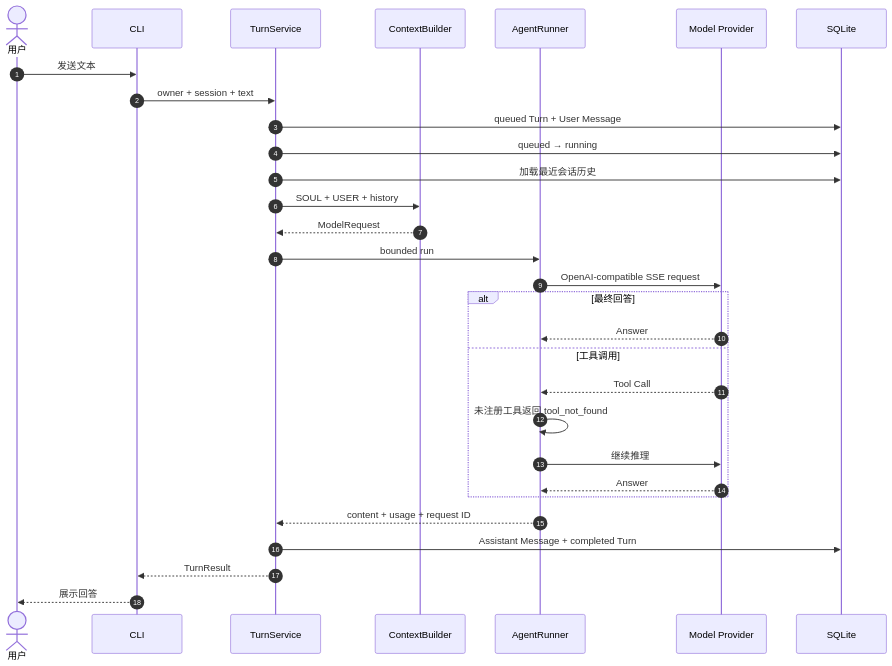
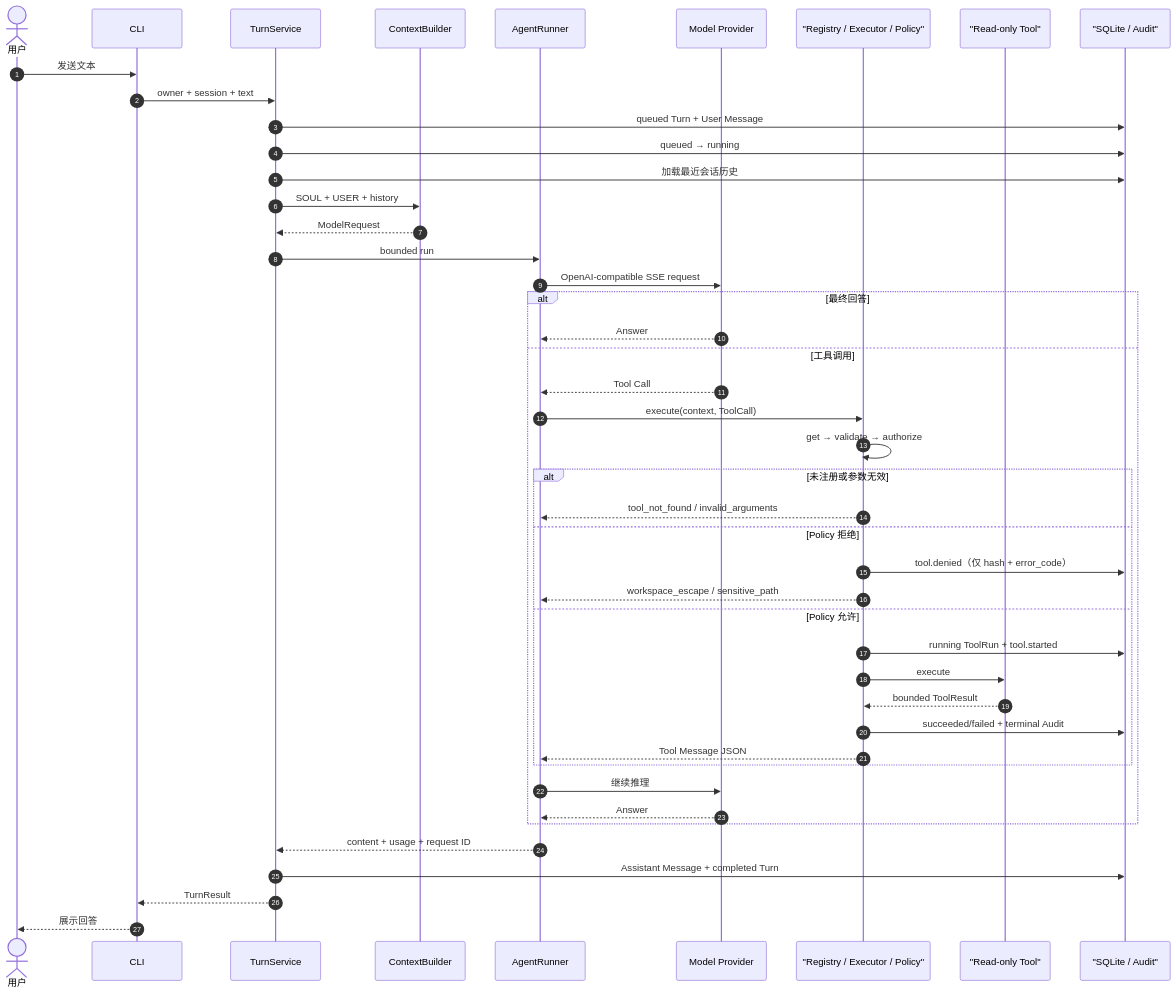
Before and after one commit to NEDONION/lobster0: the third of 4 diagrams in docs/architecture/20260807_系统架构.md, drawn with Mermaid. The commit also changed other lines of this file and 3 other files, not shown here.

Commit message:
docs: sync workspace read safety contracts

````diff
--- a/docs/architecture/20260807_系统架构.md
+++ b/docs/architecture/20260807_系统架构.md
@@ -85,33 +93,48 @@
 ```mermaid
 sequenceDiagram
     autonumber
     actor User as 用户
     participant Channel as CLI
     participant Turn as TurnService
     participant Context as ContextBuilder
     participant Agent as AgentRunner
     participant Model as Model Provider
-    participant Store as SQLite
+    participant Exec as "Registry / Executor / Policy"
+    participant Tool as "Read-only Tool"
+    participant Store as "SQLite / Audit"
 
     User->>Channel: 发送文本
     Channel->>Turn: owner + session + text
     Turn->>Store: queued Turn + User Message
     Turn->>Store: queued → running
     Turn->>Store: 加载最近会话历史
     Turn->>Context: SOUL + USER + history
     Context-->>Turn: ModelRequest
     Turn->>Agent: bounded run
     Agent->>Model: OpenAI-compatible SSE request
     alt 最终回答
         Model-->>Agent: Answer
     else 工具调用
         Model-->>Agent: Tool Call
-        Agent->>Agent: 未注册工具返回 tool_not_found
+        Agent->>Exec: execute(context, ToolCall)
+        Exec->>Exec: get → validate → authorize
+        alt 未注册或参数无效
+            Exec-->>Agent: tool_not_found / invalid_arguments
+        else Policy 拒绝
+            Exec->>Store: tool.denied（仅 hash + error_code）
+            Exec-->>Agent: workspace_escape / sensitive_path
+        else Policy 允许
+            Exec->>Store: running ToolRun + tool.started
+            Exec->>Tool: execute
+            Tool-->>Exec: bounded ToolResult
+            Exec->>Store: succeeded/failed + terminal Audit
+            Exec-->>Agent: Tool Message JSON
+        end
         Agent->>Model: 继续推理
         Model-->>Agent: Answer
     end
     Agent-->>Turn: content + usage + request ID
     Turn->>Store: Assistant Message + completed Turn
     Turn-->>Channel: TurnResult
     Channel-->>User: 展示回答
 ```
````
